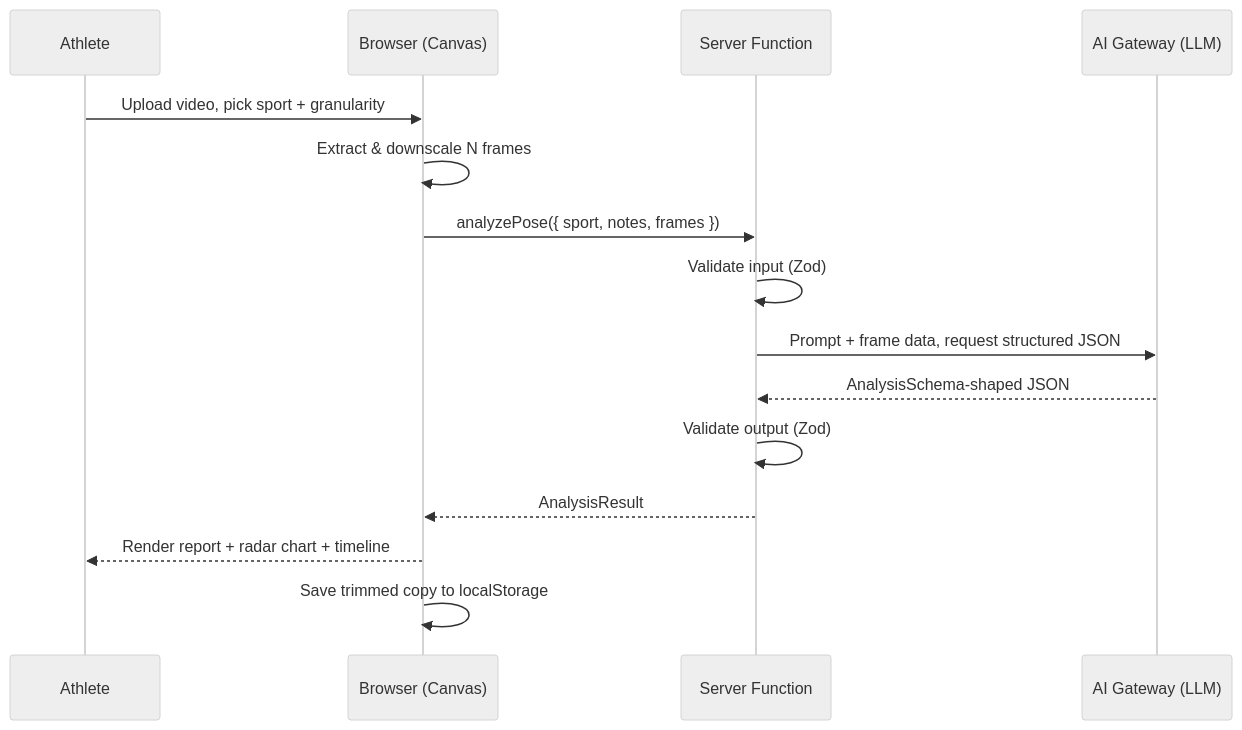
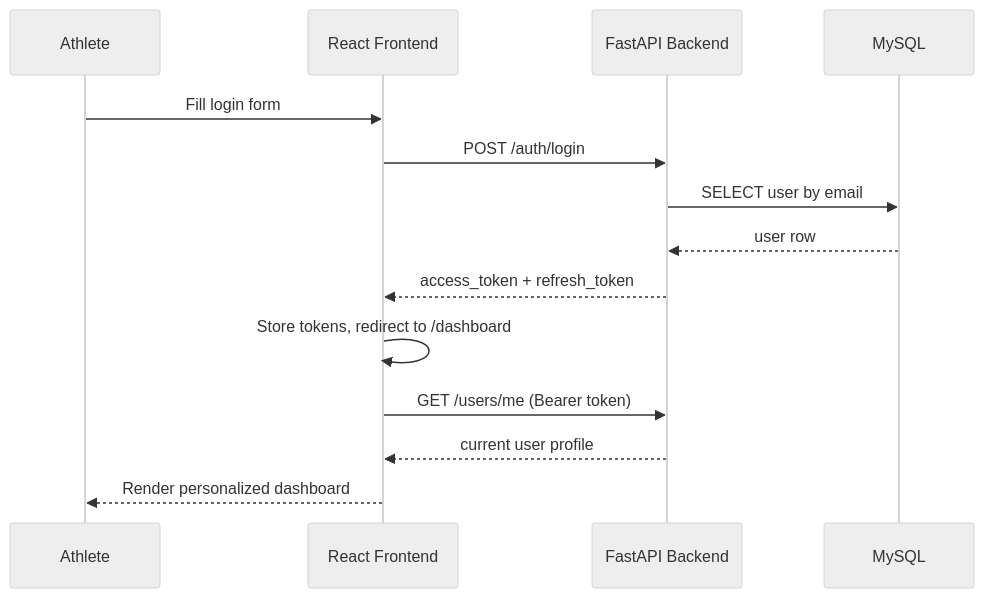
One commit to Pratiksha3105/Sports_Injury_Detection changed the second of 2 diagrams in architecture/user-flow.md. Above: the diagram before and after it, drawn with Mermaid (neutral theme). The commit also changed other lines of this file and 98 other files, not shown here.

````diff
--- a/architecture/user-flow.md
+++ b/architecture/user-flow.md
@@ -24,18 +25,17 @@
 ```mermaid
 sequenceDiagram
     participant U as Athlete
-    participant B as Browser (Canvas)
-    participant SFN as Server Function
-    participant AI as AI Gateway (LLM)
+    participant FE as React Frontend
+    participant API as FastAPI Backend
+    participant DB as MySQL
 
-    U->>B: Upload video, pick sport + granularity
-    B->>B: Extract & downscale N frames
-    B->>SFN: analyzePose({ sport, notes, frames })
-    SFN->>SFN: Validate input (Zod)
-    SFN->>AI: Prompt + frame data, request structured JSON
-    AI-->>SFN: AnalysisSchema-shaped JSON
-    SFN->>SFN: Validate output (Zod)
-    SFN-->>B: AnalysisResult
-    B-->>U: Render report + radar chart + timeline
-    B->>B: Save trimmed copy to localStorage
+    U->>FE: Fill login form
+    FE->>API: POST /auth/login
+    API->>DB: SELECT user by email
+    DB-->>API: user row
+    API-->>FE: access_token + refresh_token
+    FE->>FE: Store tokens, redirect to /dashboard
+    FE->>API: GET /users/me (Bearer token)
+    API-->>FE: current user profile
+    FE-->>U: Render personalized dashboard
 ```
````
